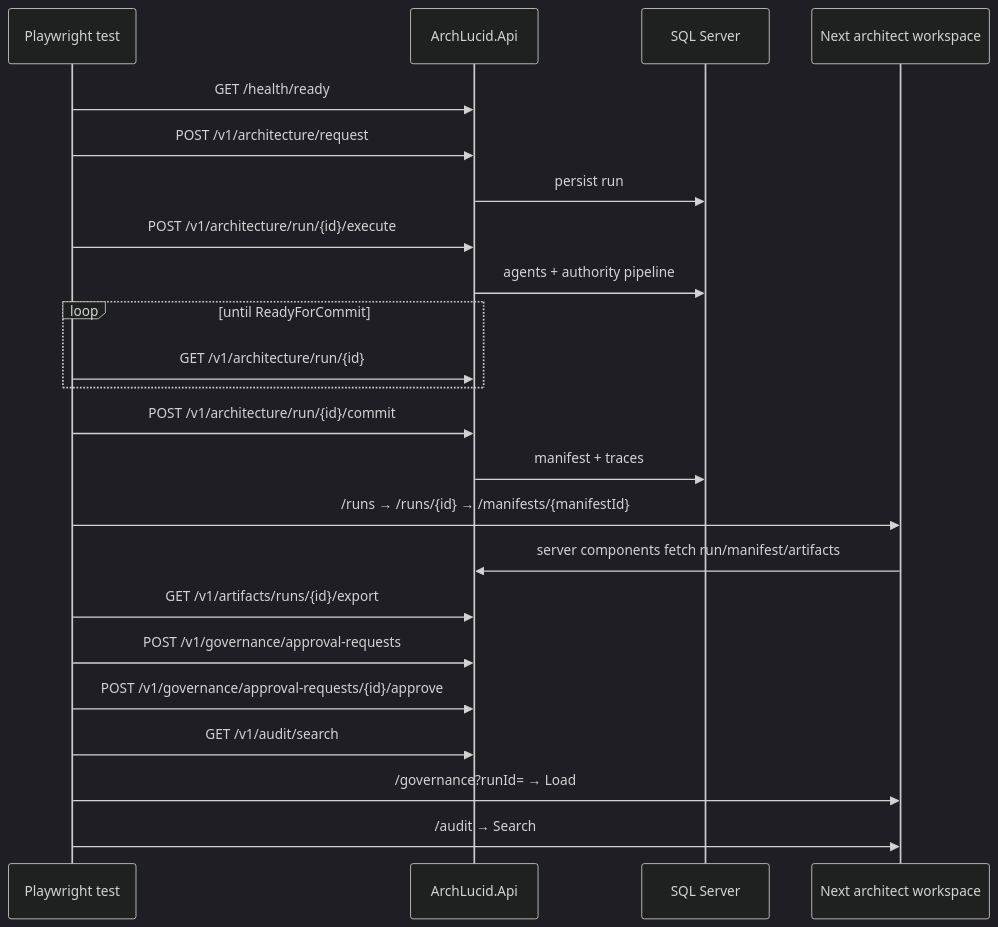
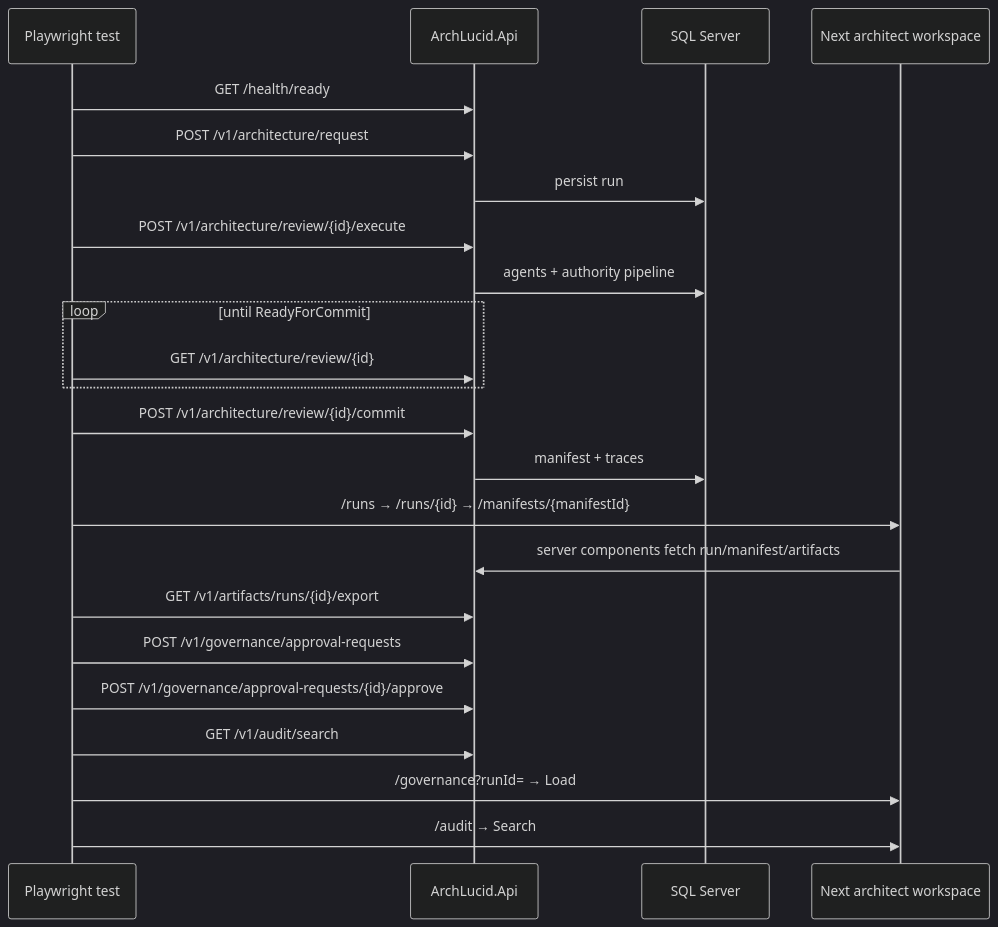
The diagram in docs/library/LIVE_E2E_HAPPY_PATH.md (joefrancisGA/ArchLucid), drawn with Mermaid (dark theme) before and after one commit. The commit also changed other lines of this file and 366 other files, not shown here.

````diff
--- a/docs/library/LIVE_E2E_HAPPY_PATH.md
+++ b/docs/library/LIVE_E2E_HAPPY_PATH.md
@@ -85,26 +85,26 @@
 ```mermaid
 sequenceDiagram
   participant T as Playwright test
   participant API as ArchLucid.Api
   participant SQL as SQL Server
   participant UI as Next architect workspace
 
   T->>API: GET /health/ready
   T->>API: POST /v1/architecture/request
   API->>SQL: persist run
-  T->>API: POST /v1/architecture/run/{id}/execute
+  T->>API: POST /v1/architecture/review/{id}/execute
   API->>SQL: agents + authority pipeline
   loop until ReadyForCommit
-    T->>API: GET /v1/architecture/run/{id}
+    T->>API: GET /v1/architecture/review/{id}
   end
-  T->>API: POST /v1/architecture/run/{id}/commit
+  T->>API: POST /v1/architecture/review/{id}/commit
   API->>SQL: manifest + traces
   T->>UI: /runs → /runs/{id} → /manifests/{manifestId}
   UI->>API: server components fetch run/manifest/artifacts
   T->>API: GET /v1/artifacts/runs/{id}/export
   T->>API: POST /v1/governance/approval-requests
   T->>API: POST /v1/governance/approval-requests/{id}/approve
   T->>API: GET /v1/audit/search
   T->>UI: /governance?runId= → Load
   T->>UI: /audit → Search
 ```
````
